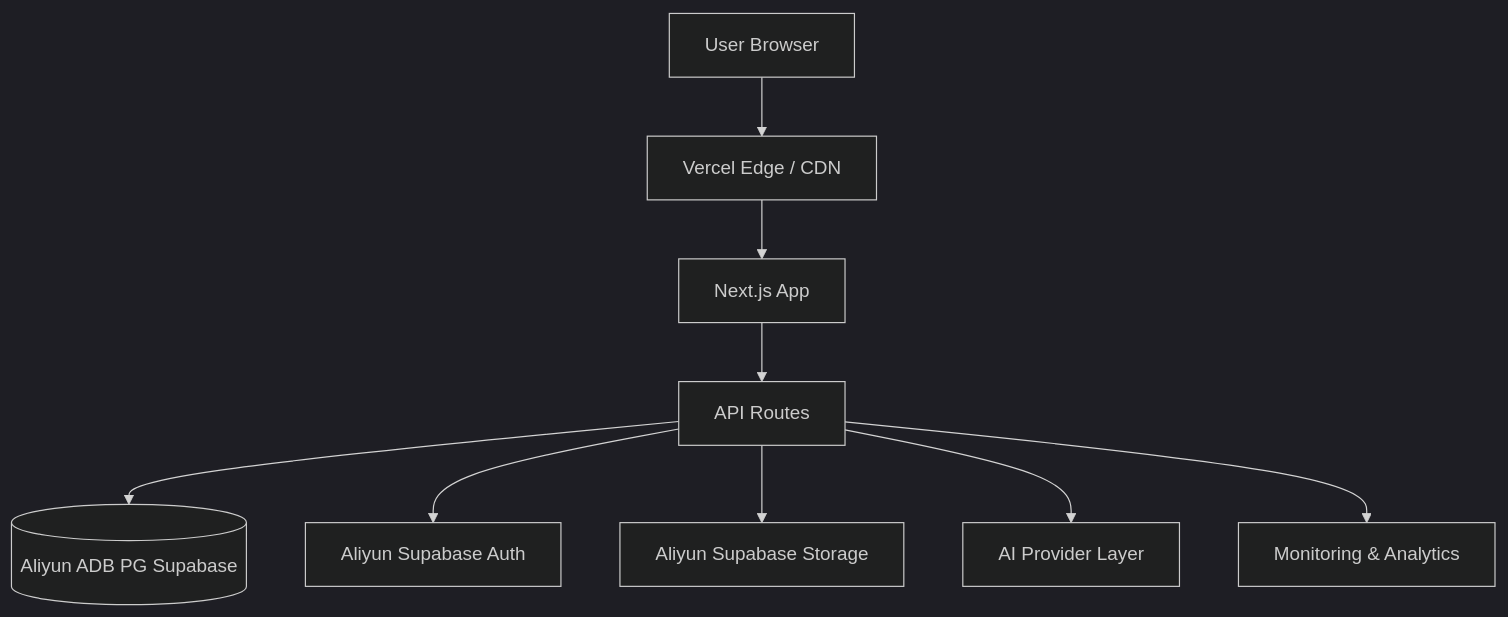
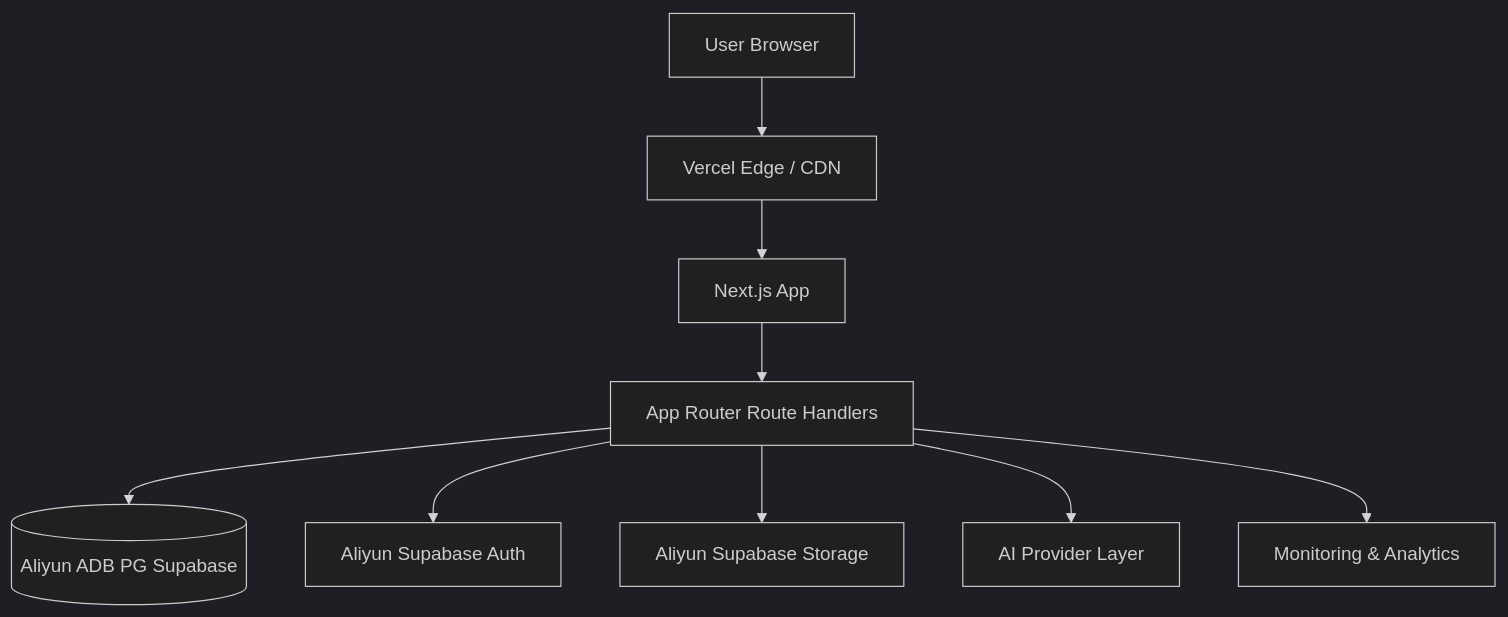
The sixth of 6 diagrams in docs/plans/2026-03-23-ai-coding-tutor-technical-architecture.md (ChengZhuo2025/codetutor), drawn with Mermaid (dark theme) before and after one commit. The commit also changed other lines of this file and 7 other files, not shown here.

````diff
--- a/docs/plans/2026-03-23-ai-coding-tutor-technical-architecture.md
+++ b/docs/plans/2026-03-23-ai-coding-tutor-technical-architecture.md
@@ -792,11 +818,11 @@
 ```mermaid
 flowchart TB
     USER[User Browser] --> CDN[Vercel Edge / CDN]
     CDN --> APP[Next.js App]
-    APP --> API[API Routes]
+    APP --> API[App Router Route Handlers]
     API --> DB[(Aliyun ADB PG Supabase)]
     API --> AUTH[Aliyun Supabase Auth]
     API --> STORAGE[Aliyun Supabase Storage]
     API --> AIPROVIDER[AI Provider Layer]
     API --> MON[Monitoring & Analytics]
 ```
````
